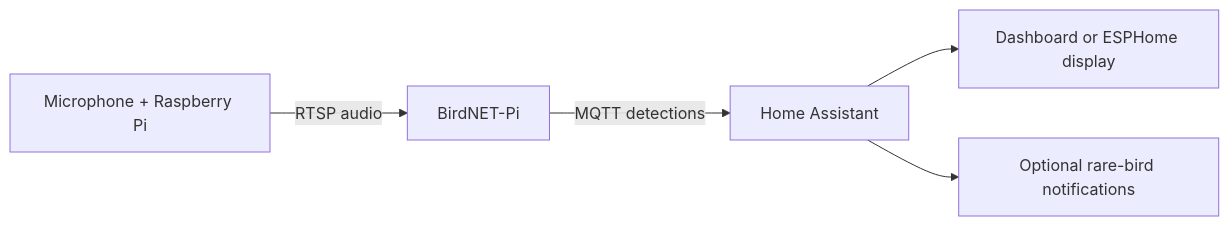
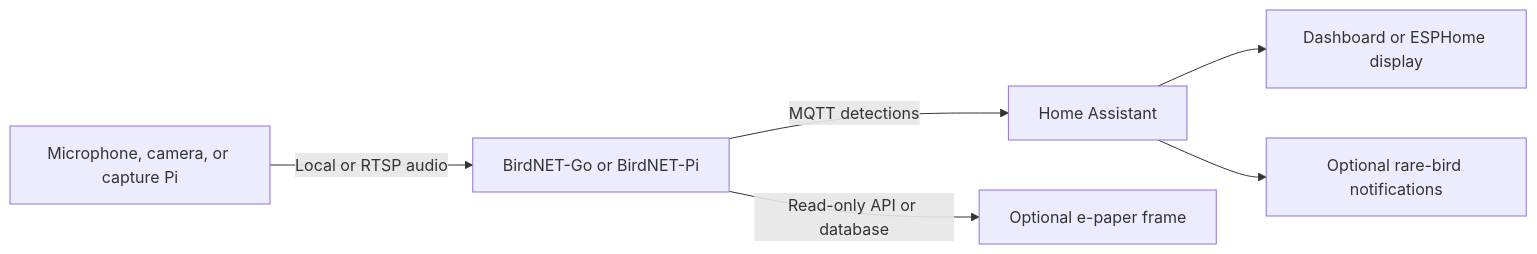
Before and after one commit to r0rqual/birdmic: the diagram in README.md, drawn with Mermaid. The commit also changed other lines of this file and 4 other files, not shown here.

Commit message:
Document BirdMic display repurposing

````diff
--- a/README.md
+++ b/README.md
@@ -9,7 +12,8 @@
 ```mermaid
 flowchart LR
-    Mic[Microphone + Raspberry Pi] -->|RTSP audio| BirdNET[BirdNET-Pi]
+    Mic[Microphone, camera, or capture Pi] -->|Local or RTSP audio| BirdNET[BirdNET-Go or BirdNET-Pi]
     BirdNET -->|MQTT detections| HA[Home Assistant]
+    BirdNET -->|Read-only API or database| Frame[Optional e-paper frame]
     HA --> Display[Dashboard or ESPHome display]
     HA --> Alerts[Optional rare-bird notifications]
 ```
````
